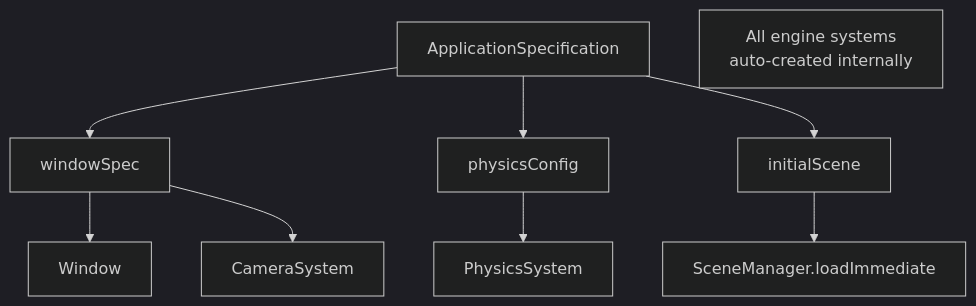
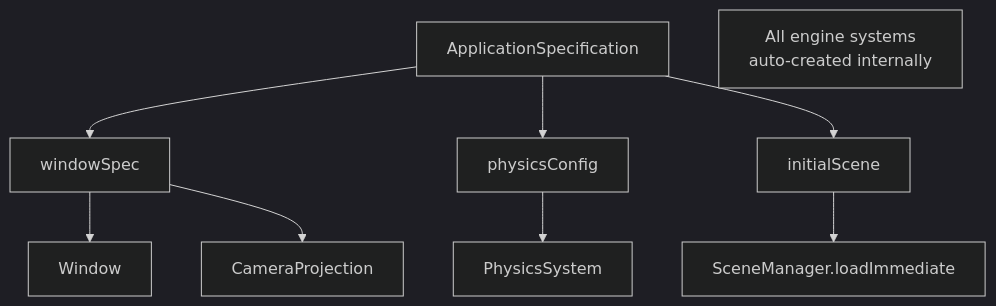
One commit to Chapslock/neon-racer changed the eighth of 9 diagrams in README.md. Above: the diagram before and after it, drawn with Mermaid (dark theme). The commit also changed other lines of this file and 1 other file, not shown here.

Commit message:
docs: rewrite README to match current architecture

````diff
--- a/README.md
+++ b/README.md
@@ -167,13 +178,13 @@
 ```mermaid
 graph TD
     AS[ApplicationSpecification] --> WS[windowSpec]
     AS --> PC[physicsConfig]
     AS --> IS[initialScene]
 
     WS --> Win[Window]
-    WS --> CS[CameraSystem]
+    WS --> CP[CameraProjection]
     PC --> PS[PhysicsSystem]
     IS --> SM[SceneManager.loadImmediate]
 
     Note1[All engine systems<br/>auto-created internally]
 ```
````
